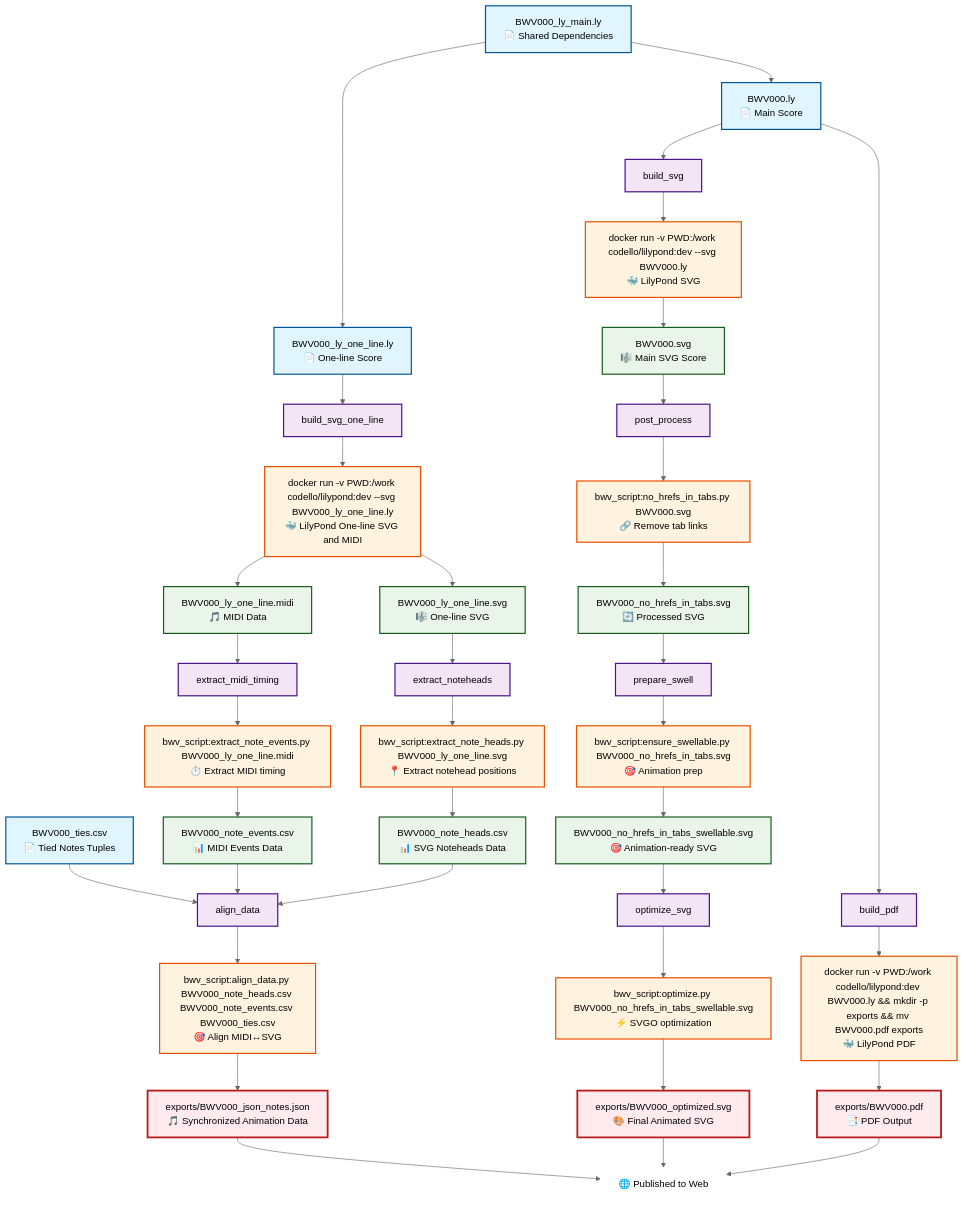
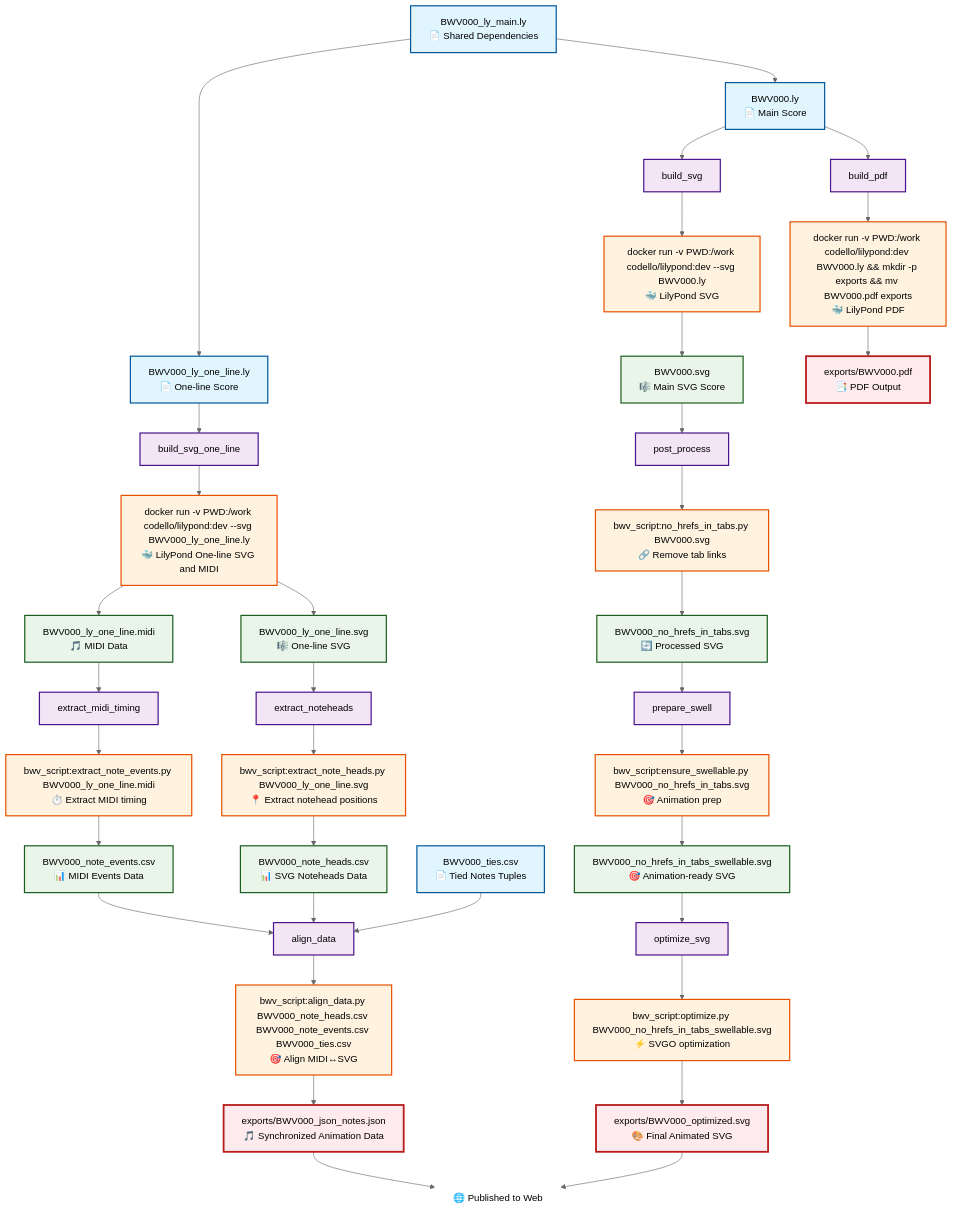
The diagram in invoke/tasks.mmd (cthiebaud/bwv-zeug), drawn with Mermaid before and after one commit. The commit also changed 6 other files, not shown here.

```diff
--- a/invoke/tasks.mmd
+++ b/invoke/tasks.mmd
@@ -1,130 +1,129 @@
 %%{init: {'theme':'neutral'}}%%
 graph TD
 
 %% ============================================================================
 %% INPUT NODES
 %% ============================================================================
 I1[BWV000.ly<br/>📄 Main Score]
 I2[BWV000_ly_one_line.ly<br/>📄 One-line Score]
 I3[BWV000_ly_main.ly<br/>📄 Shared Dependencies]
 I4[BWV000_ties.csv<br/>📄 Tied Notes Tuples]
 
 %% ============================================================================
 %% TASK NODES
 %% ============================================================================
 T1[build_pdf]
 T2[build_svg]
 T3[build_svg_one_line]
 T4[post_process]
 T5[prepare_swell]
 T6[optimize_svg]
 T7[extract_noteheads]
 T8[extract_midi_timing]
 T9[align_data]
 
 %% ============================================================================
 %% RUNNABLE NODES
 %% ============================================================================
 R1[docker run -v PWD:/work codello/lilypond:dev BWV000.ly && mkdir -p exports && mv BWV000.pdf exports<br/>🐳 LilyPond PDF]
 R2[docker run -v PWD:/work codello/lilypond:dev --svg BWV000.ly<br/>🐳 LilyPond SVG]
 R3[docker run -v PWD:/work codello/lilypond:dev --svg BWV000_ly_one_line.ly<br/>🐳 LilyPond One-line SVG and MIDI]
 R4[bwv_script:no_hrefs_in_tabs.py BWV000.svg<br/>🔗 Remove tab links]
 R5[bwv_script:ensure_swellable.py BWV000_no_hrefs_in_tabs.svg<br/>🎯 Animation prep]
 R6[bwv_script:optimize.py BWV000_no_hrefs_in_tabs_swellable.svg<br/>⚡ SVGO optimization]
 R7[bwv_script:extract_note_heads.py BWV000_ly_one_line.svg<br/>📍 Extract notehead positions]
 R8[bwv_script:extract_note_events.py BWV000_ly_one_line.midi<br/>⏱️ Extract MIDI timing]
 R9[bwv_script:align_data.py BWV000_note_heads.csv BWV000_note_events.csv BWV000_ties.csv<br/>🎯 Align MIDI↔SVG]
 
 %% ============================================================================
 %% OUTPUT NODES
 %% ============================================================================
 O2[BWV000.svg<br/>🎼 Main SVG Score]
 O3[BWV000_ly_one_line.svg<br/>🎼 One-line SVG]
 O4[BWV000_ly_one_line.midi<br/>🎵 MIDI Data]
 O5[BWV000_no_hrefs_in_tabs.svg<br/>🔄 Processed SVG]
 O6[BWV000_no_hrefs_in_tabs_swellable.svg<br/>🎯 Animation-ready SVG]
 O7[BWV000_note_heads.csv<br/>📊 SVG Noteheads Data]
 O8[BWV000_note_events.csv<br/>📊 MIDI Events Data]
 
 %% ============================================================================
 %% EXPORT NODES
 %% ============================================================================
 E3[exports/BWV000.pdf<br/>📑 PDF Output]
 E1[exports/BWV000_optimized.svg<br/>🎨 Final Animated SVG]
 E2[exports/BWV000_json_notes.json<br/>🎵 Synchronized Animation Data]
 
 %% ============================================================================
 %% DEPENDENCY RELATIONSHIPS
 %% ============================================================================
 %% Shared dependencies
 I3 --> I1
 I3 --> I2
 
 %% Input to task relationships
 I1 --> T1
 I1 --> T2
 I2 --> T3
 I4 --> T9
 
 %% Task to runnable relationships
 T1 --> R1
 T2 --> R2
 T3 --> R3
 T4 --> R4
 T5 --> R5
 T6 --> R6
 T7 --> R7
 T8 --> R8
 T9 --> R9
 
 %% Runnable to output relationships
 R2 --> O2
 R3 --> O3
 R3 --> O4
 
 %% SVG processing chain
 O2 --> T4
 R4 --> O5
 O5 --> T5
 R5 --> O6
 O6 --> T6
 
 %% Data extraction parallel branches
 O3 --> T7
 R7 --> O7
 O4 --> T8
 R8 --> O8
 
 %% Final data alignment
 O7 --> T9
 O8 --> T9
 
 %% Final export
 R1 --> E3
 R6 --> E1
 R9 --> E2
 
 %% ============================================================================
 %% STYLING
 %% ============================================================================
 classDef input fill:#e1f5fe,stroke:#01579b,stroke-width:2px
 classDef task fill:#f3e5f5,stroke:#4a148c,stroke-width:2px
 classDef output fill:#e8f5e8,stroke:#1b5e20,stroke-width:2px
 classDef runnable fill:#fff3e0,stroke:#e65100,stroke-width:2px
 classDef export fill:#ffebee,stroke:#b71c1c,stroke-width:3px
 
 class I1,I2,I3,I4 input
 class T1,T2,T3,T4,T5,T6,T7,T8,T9 task
 class O2,O3,O4,O5,O6,O7,O8 output
 class R1,R2,R3,R4,R5,R6,R7,R8,R9 runnable
 class E3,E1,E2 export
 
 %% ============================================================================
 %% BOTTOM ALIGNMENT HACK
 %% ============================================================================
 bottomAlign["🌐 Published to Web"]
 style bottomAlign fill:#ffffff,stroke:#ffffff
 
 E1 --> bottomAlign
 E2 --> bottomAlign
-E3 --> bottomAlign
```
